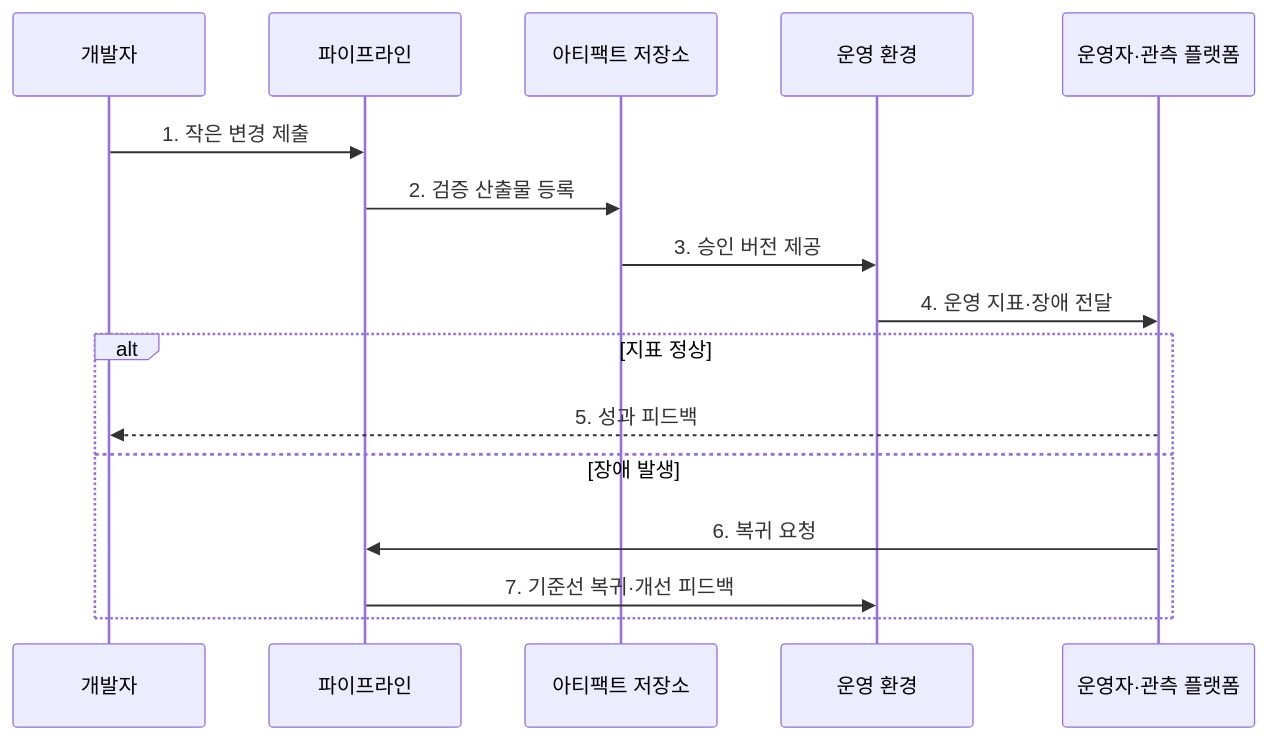
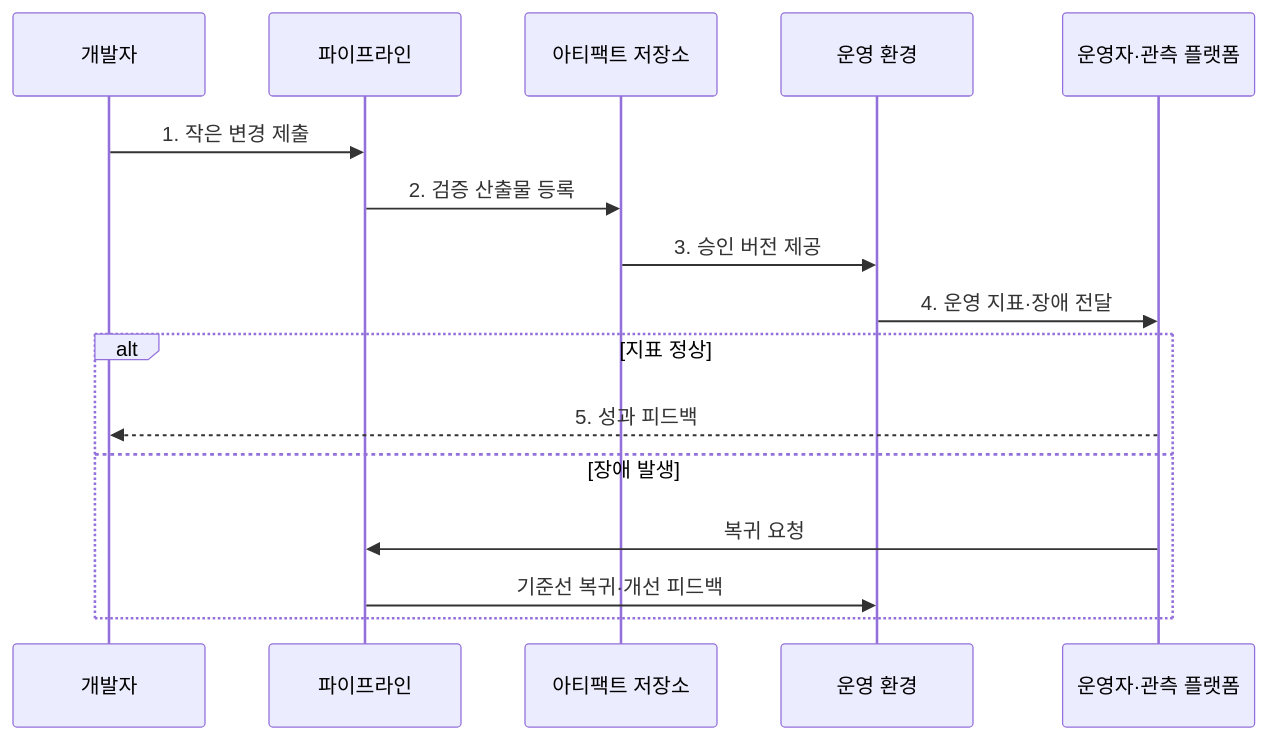
One commit to agnusdei1207/knowledge-base changed the second of 2 diagrams in src/content/docs/notes/03-software/056_devops_pipeline.md. Above: the diagram before and after it, drawn with Mermaid. The commit also changed other lines of this file and 238 other files, not shown here.

````diff
--- a/src/content/docs/notes/03-software/056_devops_pipeline.md
+++ b/src/content/docs/notes/03-software/056_devops_pipeline.md
@@ -81,18 +83,18 @@
 ```mermaid
 sequenceDiagram
     participant D as 개발자
     participant P as 파이프라인
     participant A as 아티팩트 저장소
     participant E as 운영 환경
     participant O as 운영자·관측 플랫폼
     D->>P: 1. 작은 변경 제출
     P->>A: 2. 검증 산출물 등록
     A->>E: 3. 승인 버전 제공
     E->>O: 4. 운영 지표·장애 전달
     alt 지표 정상
         O-->>D: 5. 성과 피드백
     else 장애 발생
-        O->>P: 6. 복귀 요청
-        P->>E: 7. 기준선 복귀·개선 피드백
+        O->>P: 복귀 요청
+        P->>E: 기준선 복귀·개선 피드백
     end
 ```
````
